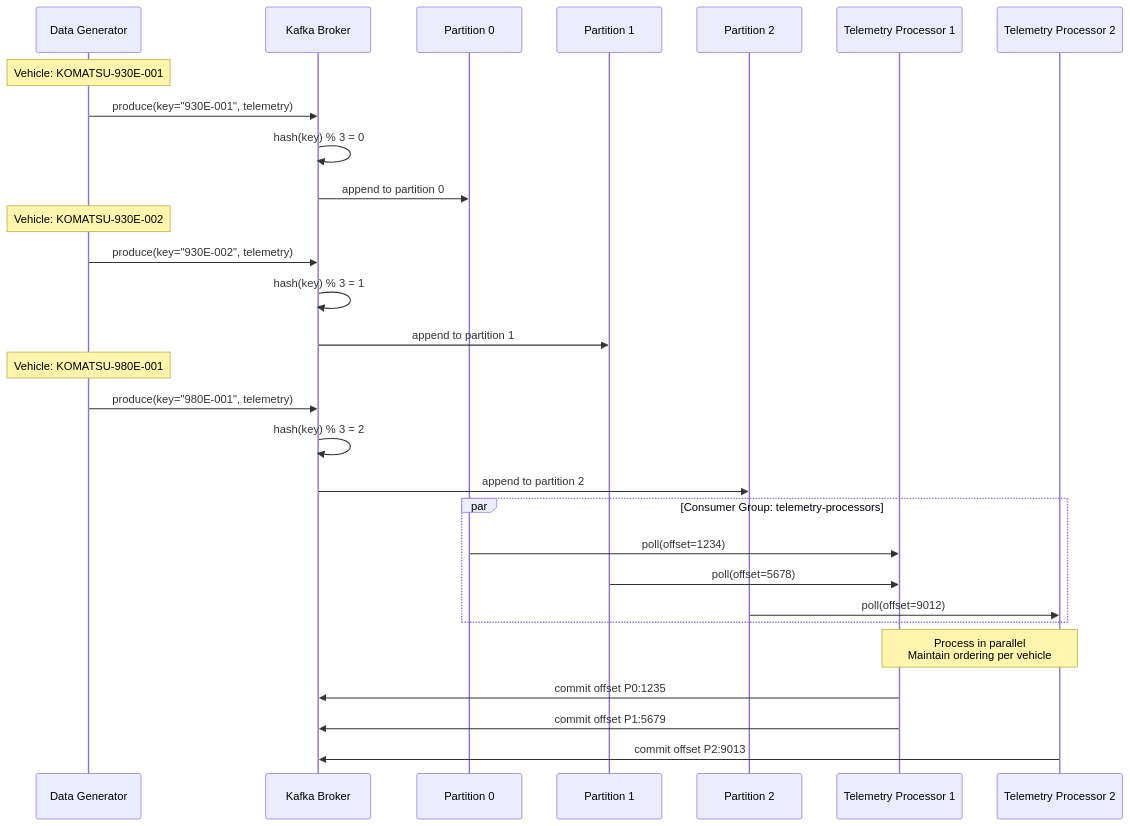
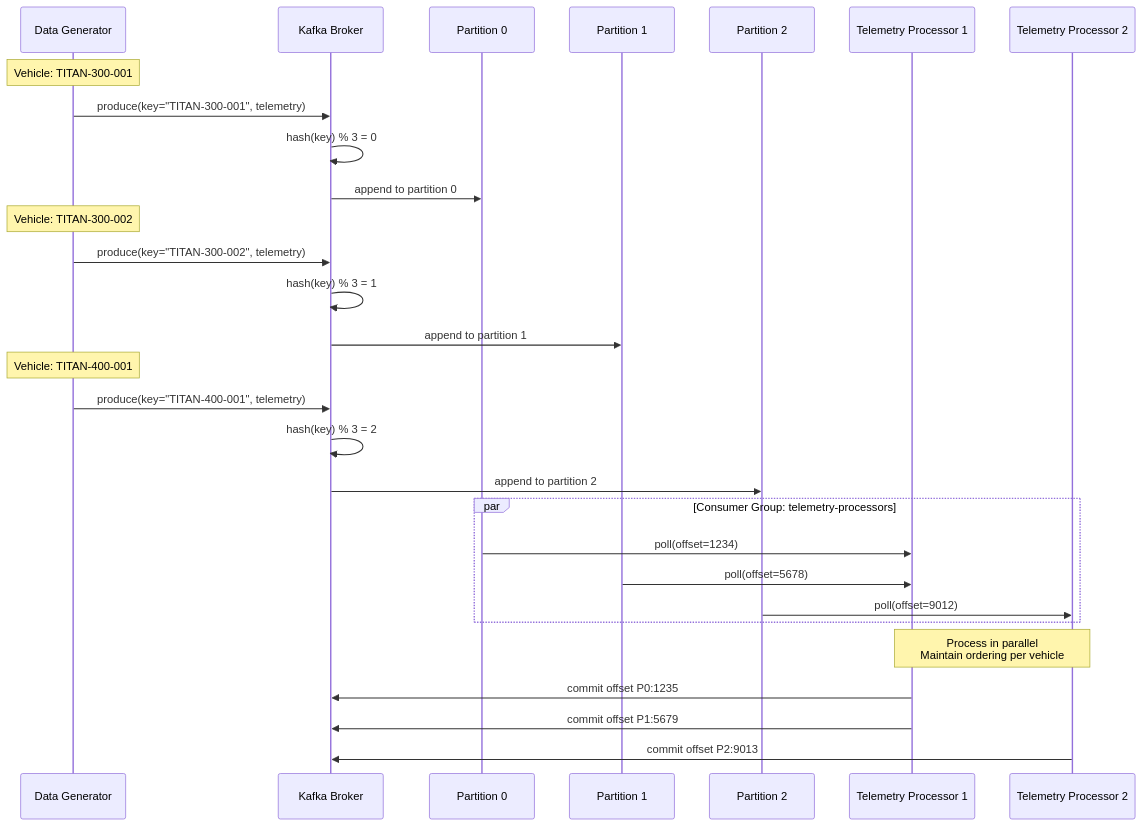
Diagram 13 of 18 in DIAGRAMS.md (Shallako/ShuzAHS), drawn with Mermaid before and after one commit. The commit also changed other lines of this file and 33 other files, not shown here.

Commit message:
Replace Komatsu OEM references with fictional OEM Titan and Titan 300/400

````diff
--- a/DIAGRAMS.md
+++ b/DIAGRAMS.md
@@ -872,37 +872,37 @@
 ```mermaid
 sequenceDiagram
     participant DG as Data Generator
     participant K as Kafka Broker
     participant P0 as Partition 0
     participant P1 as Partition 1
     participant P2 as Partition 2
     participant TP1 as Telemetry Processor 1
     participant TP2 as Telemetry Processor 2
     
-    Note over DG: Vehicle: KOMATSU-930E-001
-    DG->>K: produce(key="930E-001", telemetry)
+    Note over DG: Vehicle: TITAN-300-001
+    DG->>K: produce(key="TITAN-300-001", telemetry)
     K->>K: hash(key) % 3 = 0
     K->>P0: append to partition 0
     
-    Note over DG: Vehicle: KOMATSU-930E-002
-    DG->>K: produce(key="930E-002", telemetry)
+    Note over DG: Vehicle: TITAN-300-002
+    DG->>K: produce(key="TITAN-300-002", telemetry)
     K->>K: hash(key) % 3 = 1
     K->>P1: append to partition 1
     
-    Note over DG: Vehicle: KOMATSU-980E-001
-    DG->>K: produce(key="980E-001", telemetry)
+    Note over DG: Vehicle: TITAN-400-001
+    DG->>K: produce(key="TITAN-400-001", telemetry)
     K->>K: hash(key) % 3 = 2
     K->>P2: append to partition 2
     
     par Consumer Group: telemetry-processors
         P0->>TP1: poll(offset=1234)
         P1->>TP1: poll(offset=5678)
         P2->>TP2: poll(offset=9012)
     end
     
     Note over TP1,TP2: Process in parallel<br/>Maintain ordering per vehicle
     
     TP1->>K: commit offset P0:1235
     TP1->>K: commit offset P1:5679
     TP2->>K: commit offset P2:9013
 ```
````
